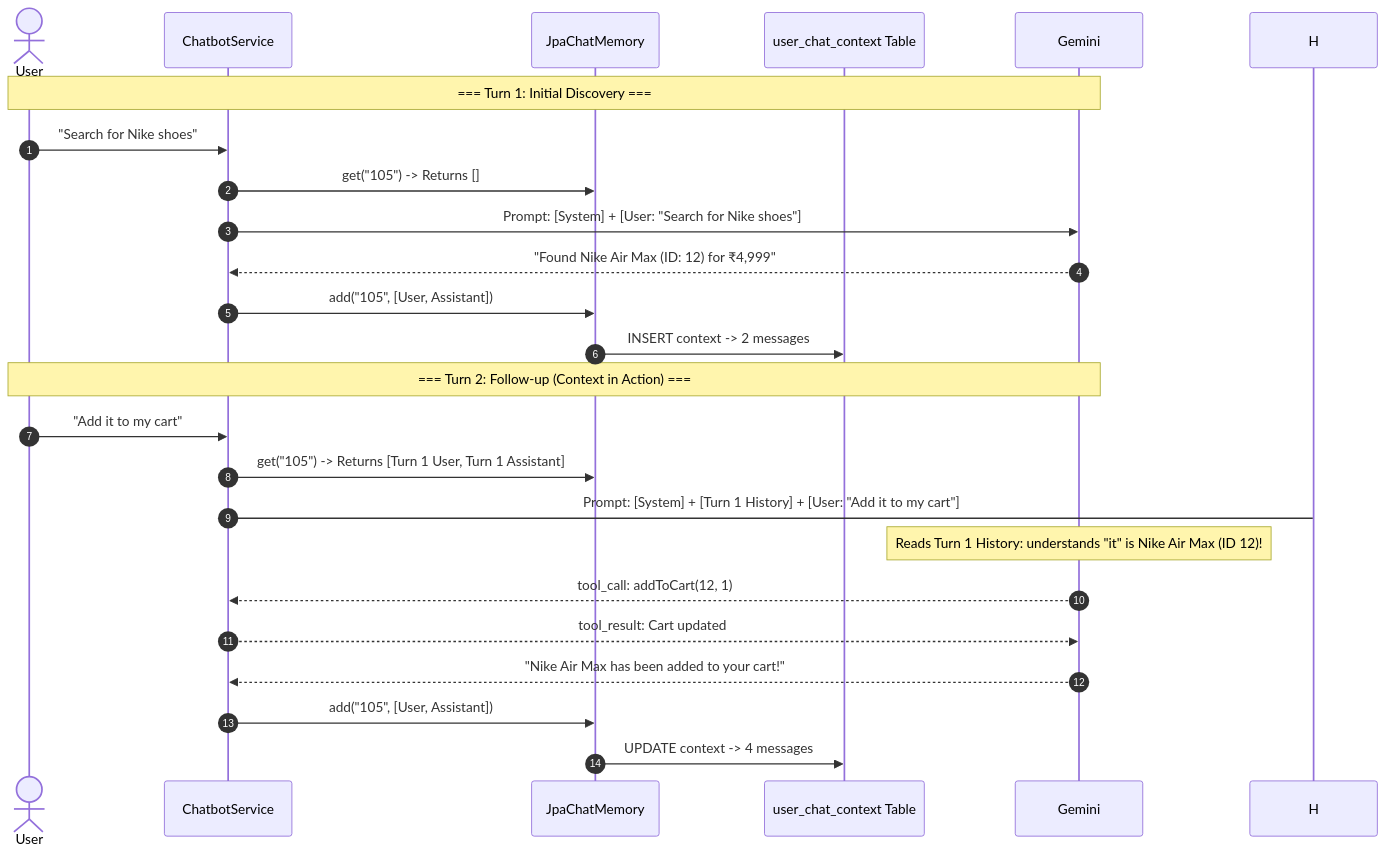
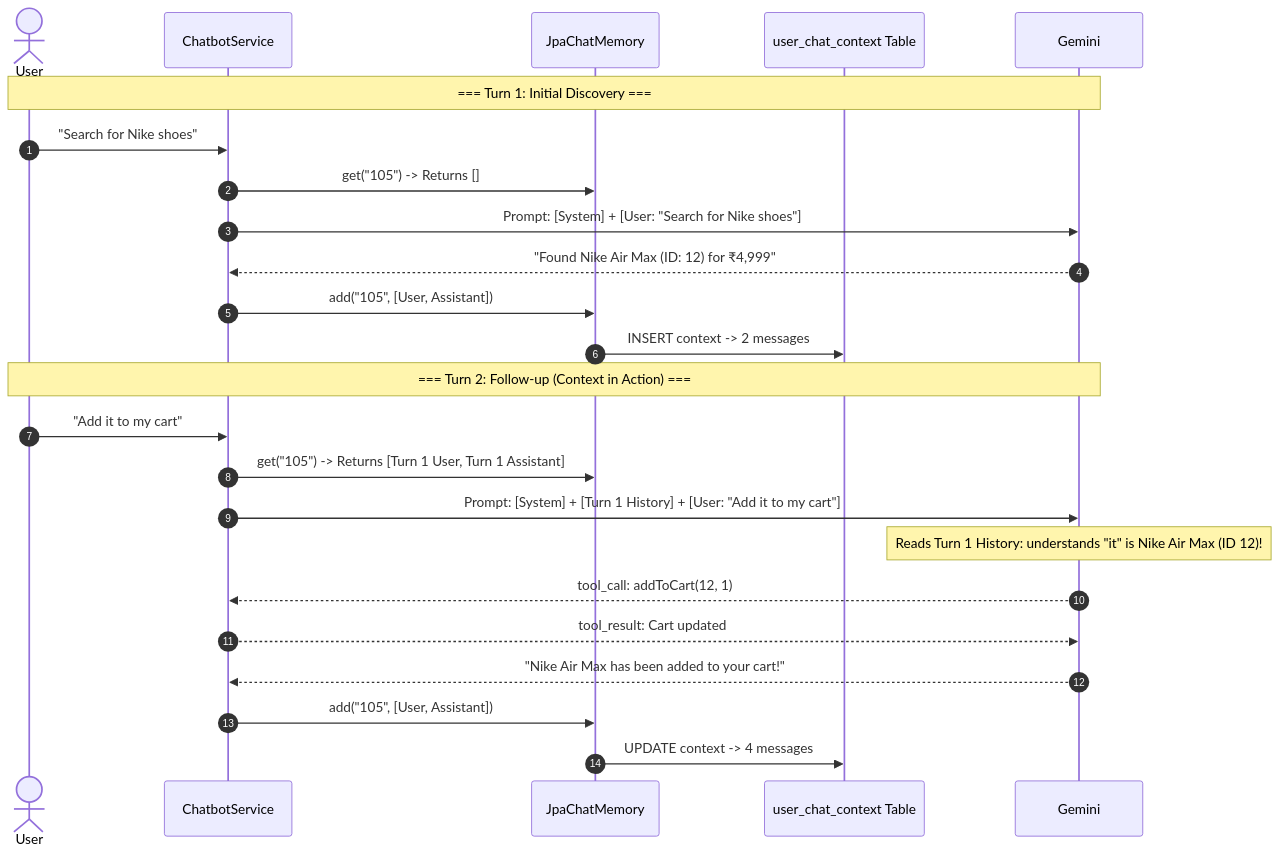
One commit to Debmalya-1101/Shopping-Cart-BE changed the fourth of 5 diagrams in docs/agentic-chatbot-implementation-guide.md. Above: the diagram before and after it, drawn with Mermaid. The commit also changed other lines of this file, not shown here.

First line of the commit message:
Fix mermaid labels/arrow syntax in docs

````diff
--- a/docs/agentic-chatbot-implementation-guide.md
+++ b/docs/agentic-chatbot-implementation-guide.md
@@ -947,28 +947,28 @@
 ```mermaid
 sequenceDiagram
     autonumber
     actor User
     participant Service as ChatbotService
     participant Memory as JpaChatMemory
     participant DB as user_chat_context Table
     participant Gemini
 
     Note over User,Gemini: === Turn 1: Initial Discovery ===
     User->>Service: "Search for Nike shoes"
     Service->>Memory: get("105") -> Returns []
     Service->>Gemini: Prompt: [System] + [User: "Search for Nike shoes"]
     Gemini-->>Service: "Found Nike Air Max (ID: 12) for ₹4,999"
     Service->>Memory: add("105", [User, Assistant])
     Memory->>DB: INSERT context -> 2 messages
 
     Note over User,Gemini: === Turn 2: Follow-up (Context in Action) ===
     User->>Service: "Add it to my cart"
     Service->>Memory: get("105") -> Returns [Turn 1 User, Turn 1 Assistant]
-    Service->H: Prompt: [System] + [Turn 1 History] + [User: "Add it to my cart"]
+    Service->>Gemini: Prompt: [System] + [Turn 1 History] + [User: "Add it to my cart"]
     Note over Gemini: Reads Turn 1 History: understands "it" is Nike Air Max (ID 12)!
     Gemini-->>Service: tool_call: addToCart(12, 1)
     Service-->>Gemini: tool_result: Cart updated
     Gemini-->>Service: "Nike Air Max has been added to your cart!"
     Service->>Memory: add("105", [User, Assistant])
     Memory->>DB: UPDATE context -> 4 messages
 ```
````
